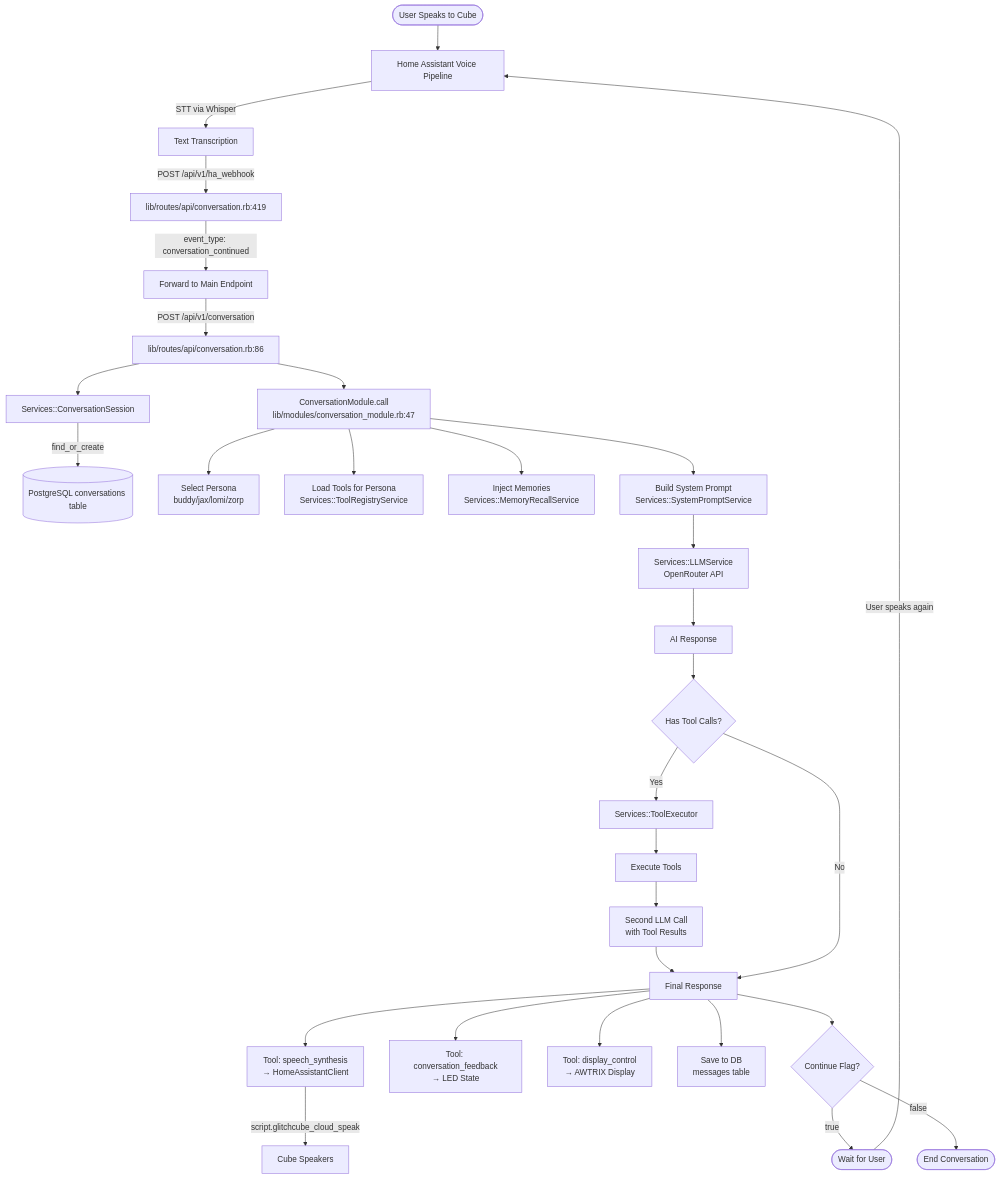
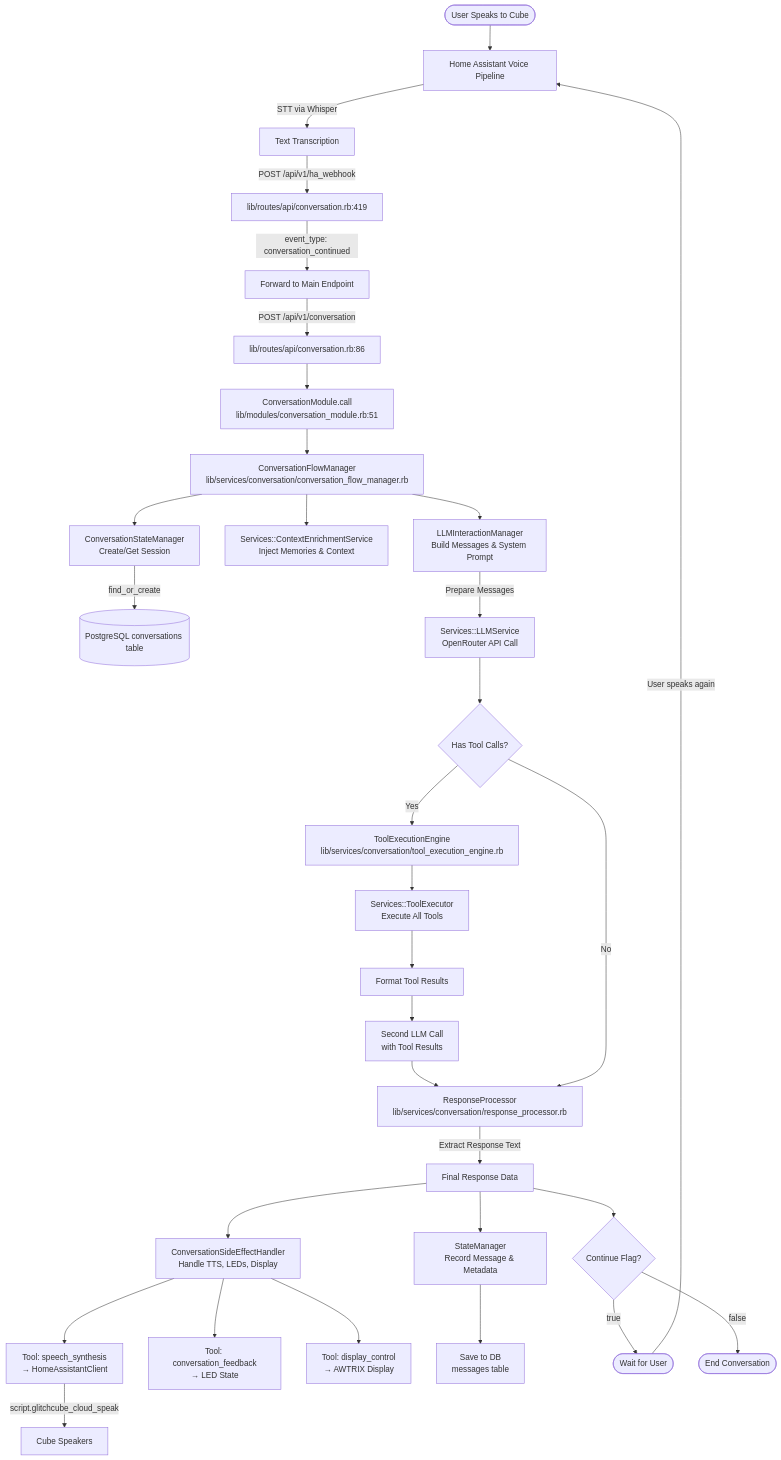
The first of 6 diagrams in docs/technical/conversation-flows.md (Wonderlux-Labs/glitchcube), drawn with Mermaid before and after one commit. The commit also changed other lines of this file and 303 other files, not shown here.

````diff
--- a/docs/technical/conversation-flows.md
+++ b/docs/technical/conversation-flows.md
@@ -8,46 +8,49 @@
 ```mermaid
 graph TD
     Start([User Speaks to Cube]) --> HA[Home Assistant Voice Pipeline]
     
     HA --> |STT via Whisper| Text[Text Transcription]
     Text --> |POST /api/v1/ha_webhook| Webhook[lib/routes/api/conversation.rb:419]
     
     Webhook --> |event_type: conversation_continued| Forward[Forward to Main Endpoint]
     Forward --> |POST /api/v1/conversation| Main[lib/routes/api/conversation.rb:86]
     
-    Main --> Session[Services::ConversationSession]
-    Session --> |find_or_create| DB[(PostgreSQL conversations table)]
+    Main --> CM[ConversationModule.call<br/>lib/modules/conversation_module.rb:51]
+    CM --> FlowManager[ConversationFlowManager<br/>lib/services/conversation/conversation_flow_manager.rb]
     
-    Main --> CM[ConversationModule.call<br/>lib/modules/conversation_module.rb:47]
+    FlowManager --> StateManager[ConversationStateManager<br/>Create/Get Session]
+    StateManager --> |find_or_create| DB[(PostgreSQL conversations table)]
     
-    CM --> Persona[Select Persona<br/>buddy/jax/lomi/zorp]
-    CM --> Tools[Load Tools for Persona<br/>Services::ToolRegistryService]
-    CM --> Memory[Inject Memories<br/>Services::MemoryRecallService]
+    FlowManager --> ContextEnrich[Services::ContextEnrichmentService<br/>Inject Memories & Context]
+    FlowManager --> LLMManager[LLMInteractionManager<br/>Build Messages & System Prompt]
     
-    CM --> Prompt[Build System Prompt<br/>Services::SystemPromptService]
-    Prompt --> LLM[Services::LLMService<br/>OpenRouter API]
+    LLMManager --> |Prepare Messages| LLM[Services::LLMService<br/>OpenRouter API Call]
     
-    LLM --> Response[AI Response]
-    Response --> ToolCheck{Has Tool Calls?}
+    LLM --> ResponseCheck{Has Tool Calls?}
     
-    ToolCheck -->|Yes| ToolExec[Services::ToolExecutor]
-    ToolExec --> ToolResult[Execute Tools]
-    ToolResult --> LLM2[Second LLM Call<br/>with Tool Results]
-    LLM2 --> FinalResponse[Final Response]
+    ResponseCheck -->|Yes| ToolEngine[ToolExecutionEngine<br/>lib/services/conversation/tool_execution_engine.rb]
+    ToolEngine --> ToolExec[Services::ToolExecutor<br/>Execute All Tools]
+    ToolExec --> ToolResults[Format Tool Results]
+    ToolResults --> LLM2[Second LLM Call<br/>with Tool Results]
+    LLM2 --> ResponseProcessor
     
-    ToolCheck -->|No| FinalResponse
+    ResponseCheck -->|No| ResponseProcessor[ResponseProcessor<br/>lib/services/conversation/response_processor.rb]
     
-    FinalResponse --> TTS[Tool: speech_synthesis<br/>→ HomeAssistantClient]
+    ResponseProcessor --> |Extract Response Text| FinalResponse[Final Response Data]
+    
+    FinalResponse --> SideEffects[ConversationSideEffectHandler<br/>Handle TTS, LEDs, Display]
+    SideEffects --> TTS[Tool: speech_synthesis<br/>→ HomeAssistantClient]
     TTS --> |script.glitchcube_cloud_speak| Speaker[Cube Speakers]
     
-    FinalResponse --> LED[Tool: conversation_feedback<br/>→ LED State]
-    FinalResponse --> Display[Tool: display_control<br/>→ AWTRIX Display]
+    SideEffects --> LED[Tool: conversation_feedback<br/>→ LED State]
+    SideEffects --> Display[Tool: display_control<br/>→ AWTRIX Display]
     
-    FinalResponse --> SaveMsg[Save to DB<br/>messages table]
+    FinalResponse --> StateManager2[StateManager<br/>Record Message & Metadata]
+    StateManager2 --> SaveMsg[Save to DB<br/>messages table]
+    
     FinalResponse --> Continue{Continue Flag?}
-    
     Continue -->|true| WaitUser([Wait for User])
     Continue -->|false| EndSession([End Conversation])
     
     WaitUser --> |User speaks again| HA
 ```
````
